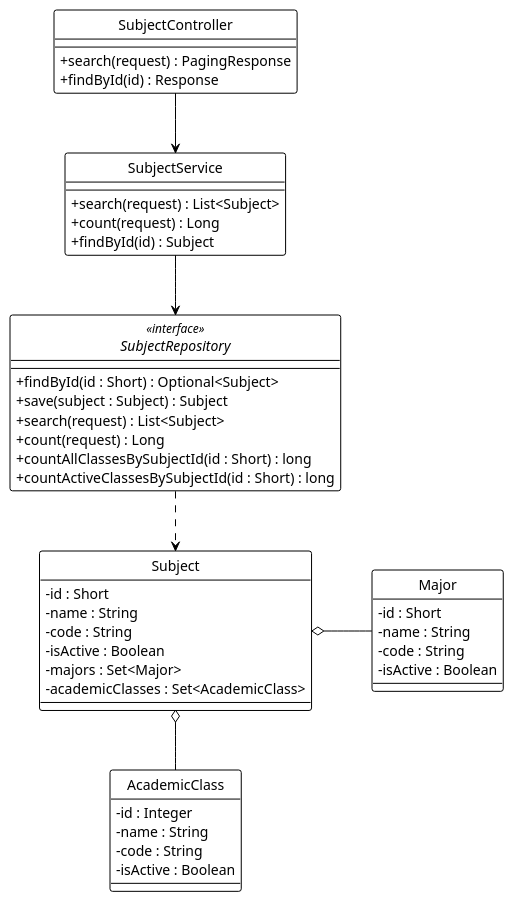
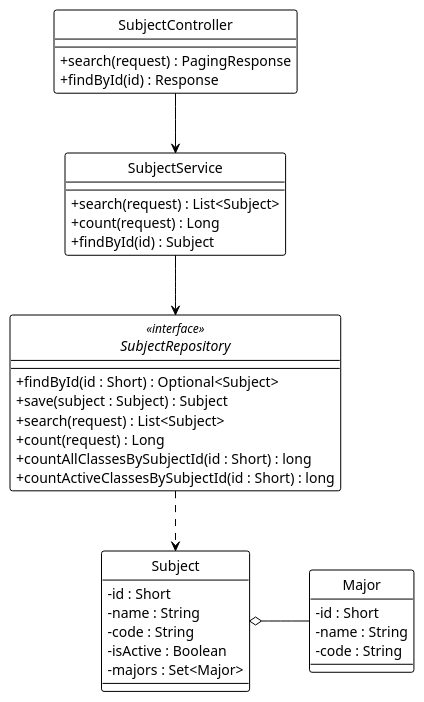
One commit to Ndh474/context changed the diagram in system_detailed_design/17_view_list_subject/class_diagram_view_list_subject.puml. Above: the diagram before and after it, drawn with PlantUML. The commit also changed 23 other files, not shown here.

```diff
--- a/system_detailed_design/17_view_list_subject/class_diagram_view_list_subject.puml
+++ b/system_detailed_design/17_view_list_subject/class_diagram_view_list_subject.puml
@@ -1,69 +1,59 @@
 @startuml view_list_subject
 !theme plain
 hide circle
 skinparam classAttributeIconSize 0
 
 ' --- CẤU HÌNH "ORTHO" (BẮT BUỘC) ---
 skinparam linetype ortho
 skinparam nodesep 60
 skinparam ranksep 60
 
 ' --- CONTROLLER ---
 class SubjectController {
   + search(request) : PagingResponse
   + findById(id) : Response
 }
 
 ' --- SERVICE ---
 class SubjectService {
   + search(request) : List<Subject>
   + count(request) : Long
   + findById(id) : Subject
 }
 
 ' --- REPOSITORY ---
 interface SubjectRepository <<interface>> {
   + findById(id : Short) : Optional<Subject>
   + save(subject : Subject) : Subject
   + search(request) : List<Subject>
   + count(request) : Long
   + countAllClassesBySubjectId(id : Short) : long
   + countActiveClassesBySubjectId(id : Short) : long
 }
 
 ' --- ENTITIES ---
 class Subject {
   - id : Short
   - name : String
   - code : String
   - isActive : Boolean
   - majors : Set<Major>
-  - academicClasses : Set<AcademicClass>
 }
 
 class Major {
   - id : Short
   - name : String
   - code : String
-  - isActive : Boolean
-}
-
-class AcademicClass {
-  - id : Integer
-  - name : String
-  - code : String
-  - isActive : Boolean
 }
 
 ' --- DEPENDENCY INJECTION (Association) ---
 SubjectController -down-> SubjectService
 SubjectService -down-> SubjectRepository
 
 ' --- REPOSITORY USAGE (Dependency) ---
 SubjectRepository .down.> Subject
 
 ' --- ENTITY RELATIONSHIPS (Aggregation) ---
 Subject o-right- Major
-Subject o-down- AcademicClass
 
 @enduml
```
